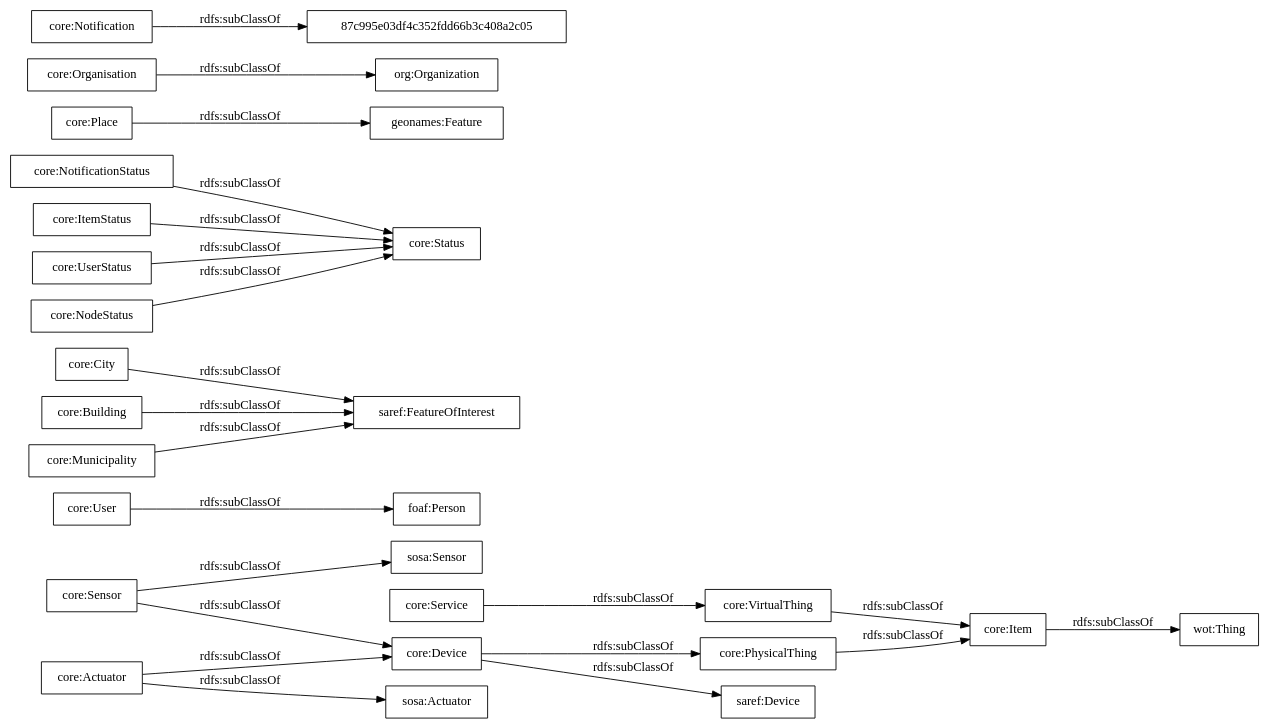
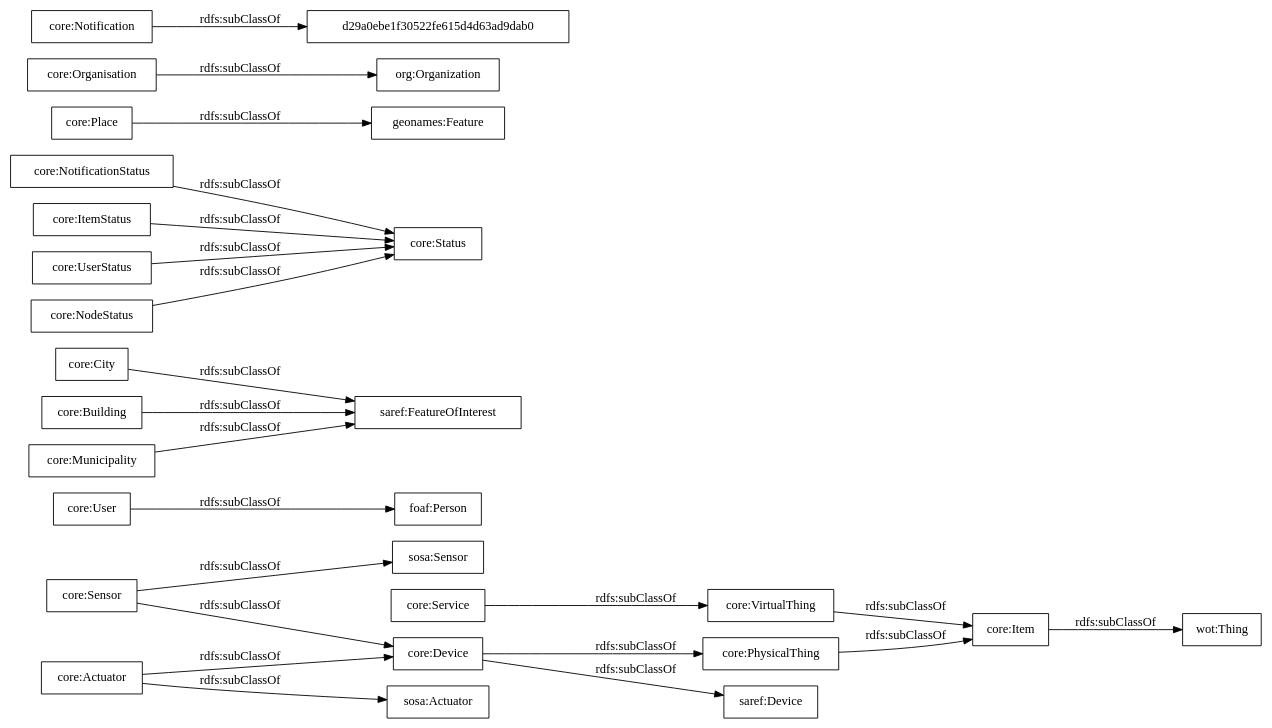
One commit to oeg-upm/auroral-core-ontology changed the diagram in OnToology/ontology/auroral-core.ttl/diagrams/ar2dtool-taxonomy/auroral-core.ttl.png.dot. Above: the diagram before and after it, drawn with Graphviz. The commit also changed 12 other files, not shown here.

```diff
--- a/OnToology/ontology/auroral-core.ttl/diagrams/ar2dtool-taxonomy/auroral-core.ttl.png.dot
+++ b/OnToology/ontology/auroral-core.ttl/diagrams/ar2dtool-taxonomy/auroral-core.ttl.png.dot
@@ -1,27 +1,27 @@
 digraph ar2dtool_diagram { 
 rankdir=LR;
 size="1000"
-node [shape = rectangle, color="black"]; "wot:Thing" "core:User" "saref:Device" "core:City" "core:NotificationStatus" "geonames:Feature" "core:Status" "core:Service" "core:Device" "core:Sensor" "core:Actuator" "core:Organisation" "foaf:Person" "core:Building" "org:Organization" "core:Item" "core:Place" "core:Notification" "core:ItemStatus" "87c995e03df4c352fdd66b3c408a2c05" "core:PhysicalThing" "sosa:Actuator" "core:UserStatus" "core:NodeStatus" "core:Municipality" "core:VirtualThing" "saref:FeatureOfInterest" "sosa:Sensor" ; /*classes style*/
+node [shape = rectangle, color="black"]; "wot:Thing" "core:User" "saref:Device" "core:City" "core:NotificationStatus" "geonames:Feature" "core:Status" "core:Service" "core:Device" "core:Sensor" "core:Actuator" "core:Organisation" "foaf:Person" "core:Building" "org:Organization" "core:Item" "core:Place" "core:Notification" "core:ItemStatus" "core:PhysicalThing" "sosa:Actuator" "core:UserStatus" "core:NodeStatus" "core:Municipality" "core:VirtualThing" "saref:FeatureOfInterest" "sosa:Sensor" "d29a0ebe1f30522fe615d4d63ad9dab0" ; /*classes style*/
 	"core:ItemStatus" -> "core:Status" [ label = "rdfs:subClassOf" ];
 	"core:Service" -> "core:VirtualThing" [ label = "rdfs:subClassOf" ];
 	"core:Organisation" -> "org:Organization" [ label = "rdfs:subClassOf" ];
 	"core:User" -> "foaf:Person" [ label = "rdfs:subClassOf" ];
 	"core:Building" -> "saref:FeatureOfInterest" [ label = "rdfs:subClassOf" ];
 	"core:PhysicalThing" -> "core:Item" [ label = "rdfs:subClassOf" ];
 	"core:Device" -> "saref:Device" [ label = "rdfs:subClassOf" ];
 	"core:Device" -> "core:PhysicalThing" [ label = "rdfs:subClassOf" ];
 	"core:Municipality" -> "saref:FeatureOfInterest" [ label = "rdfs:subClassOf" ];
 	"core:NodeStatus" -> "core:Status" [ label = "rdfs:subClassOf" ];
 	"core:UserStatus" -> "core:Status" [ label = "rdfs:subClassOf" ];
 	"core:Sensor" -> "core:Device" [ label = "rdfs:subClassOf" ];
 	"core:Sensor" -> "sosa:Sensor" [ label = "rdfs:subClassOf" ];
 	"core:VirtualThing" -> "core:Item" [ label = "rdfs:subClassOf" ];
 	"core:Actuator" -> "core:Device" [ label = "rdfs:subClassOf" ];
 	"core:Actuator" -> "sosa:Actuator" [ label = "rdfs:subClassOf" ];
 	"core:Item" -> "wot:Thing" [ label = "rdfs:subClassOf" ];
 	"core:Place" -> "geonames:Feature" [ label = "rdfs:subClassOf" ];
-	"core:Notification" -> "87c995e03df4c352fdd66b3c408a2c05" [ label = "rdfs:subClassOf" ];
+	"core:Notification" -> "d29a0ebe1f30522fe615d4d63ad9dab0" [ label = "rdfs:subClassOf" ];
 	"core:NotificationStatus" -> "core:Status" [ label = "rdfs:subClassOf" ];
 	"core:City" -> "saref:FeatureOfInterest" [ label = "rdfs:subClassOf" ];
 
 }
```
